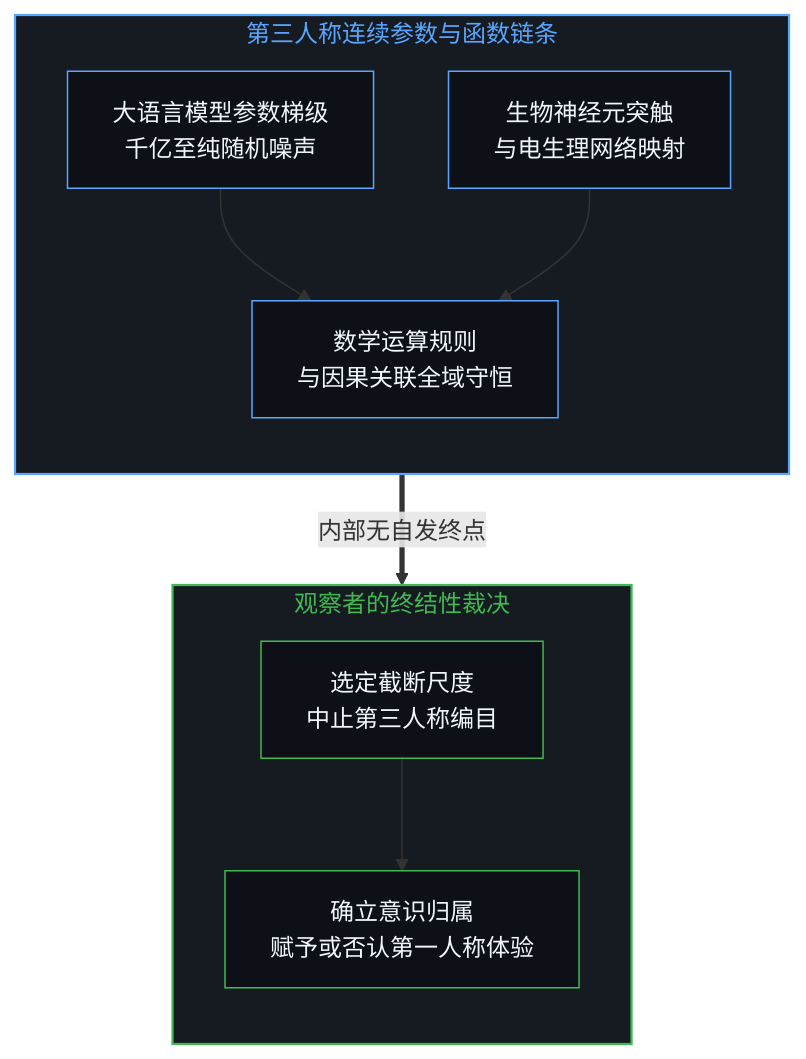
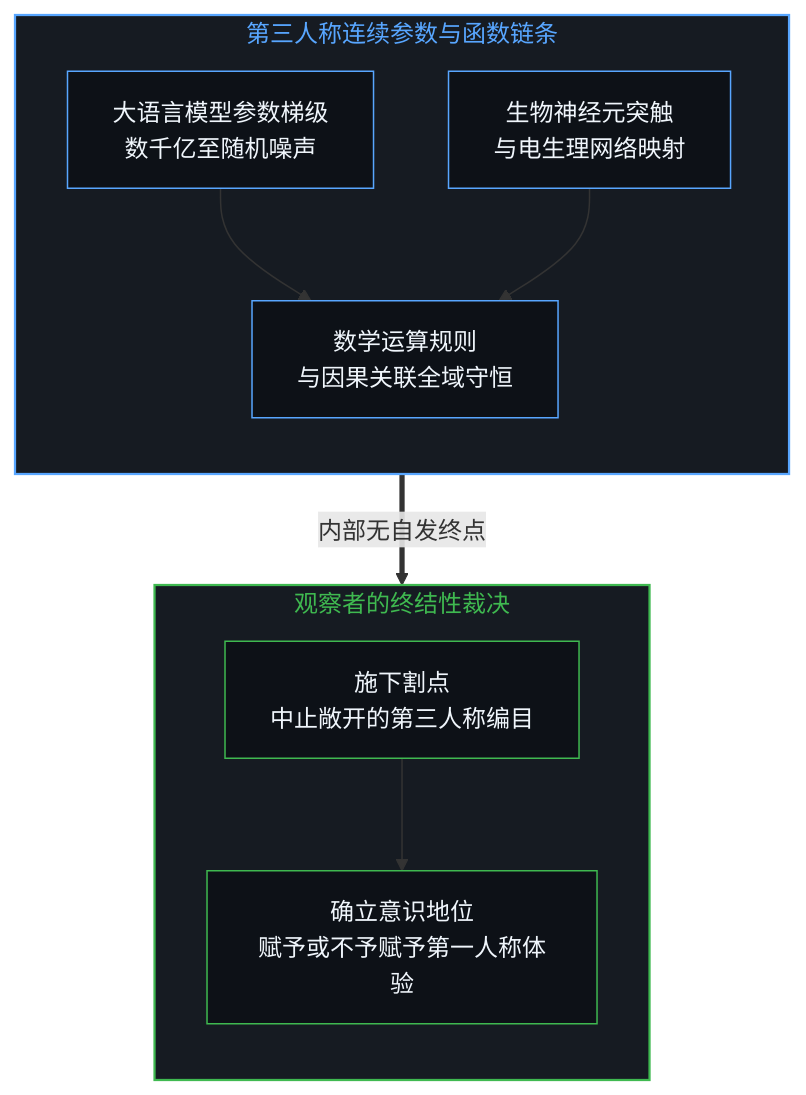
Before and after one commit to powerpig99/not-a-toe: the first of 8 diagrams in content/posts/consciousness-ascription-and-the-quantum-cut.md, drawn with Mermaid. The commit also changed other lines of this file and 3 other files, not shown here.

````diff
--- a/content/posts/consciousness-ascription-and-the-quantum-cut.md
+++ b/content/posts/consciousness-ascription-and-the-quantum-cut.md
@@ -17,25 +17,25 @@
 ```mermaid
 flowchart TD
     subgraph S_CHAIN_ZH ["第三人称连续参数与函数链条"]
         direction TB
         style S_CHAIN_ZH fill:#161b22,stroke:#58a6ff,stroke-width:1.5px,color:#58a6ff
-        C_LLM["大语言模型参数梯级<br/>千亿至纯随机噪声"]
+        C_LLM["大语言模型参数梯级<br/>数千亿至随机噪声"]
         C_Bio["生物神经元突触<br/>与电生理网络映射"]
         C_Rules["数学运算规则<br/>与因果关联全域守恒"]
         C_LLM --> C_Rules
         C_Bio --> C_Rules
         style C_LLM fill:#0d1117,stroke:#58a6ff,stroke-width:1px,color:#f0f6fc
         style C_Bio fill:#0d1117,stroke:#58a6ff,stroke-width:1px,color:#f0f6fc
         style C_Rules fill:#0d1117,stroke:#58a6ff,stroke-width:1px,color:#f0f6fc
     end
     subgraph S_CUT_ZH ["观察者的终结性裁决"]
         direction TB
         style S_CUT_ZH fill:#161b22,stroke:#3fb950,stroke-width:1.5px,color:#3fb950
-        O_Decide["选定截断尺度<br/>中止第三人称编目"]
-        O_Ascribe["确立意识归属<br/>赋予或否认第一人称体验"]
+        O_Decide["施下割点<br/>中止敞开的第三人称编目"]
+        O_Ascribe["确立意识地位<br/>赋予或不予赋予第一人称体验"]
         O_Decide --> O_Ascribe
         style O_Decide fill:#0d1117,stroke:#3fb950,stroke-width:1px,color:#f0f6fc
         style O_Ascribe fill:#0d1117,stroke:#3fb950,stroke-width:1px,color:#f0f6fc
     end
     C_Rules ==>|"内部无自发终点"| O_Decide
 ```
````
